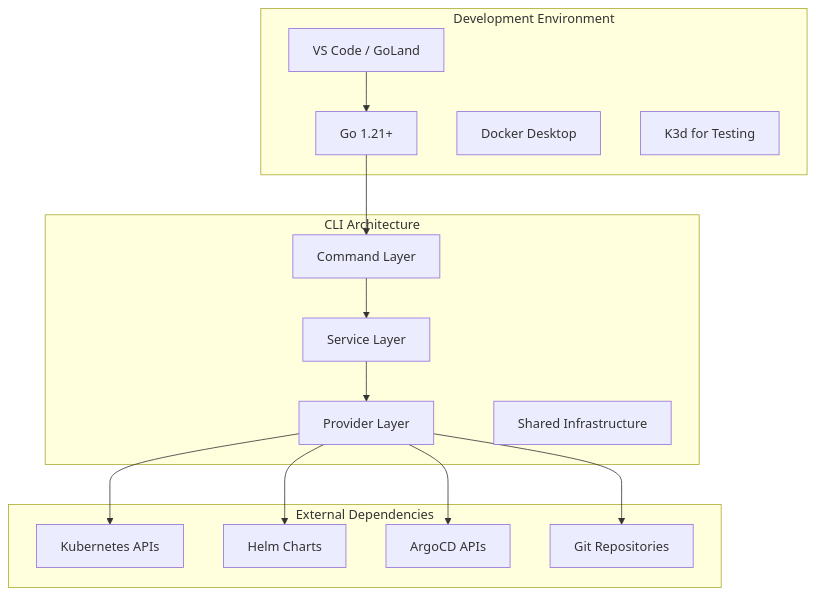
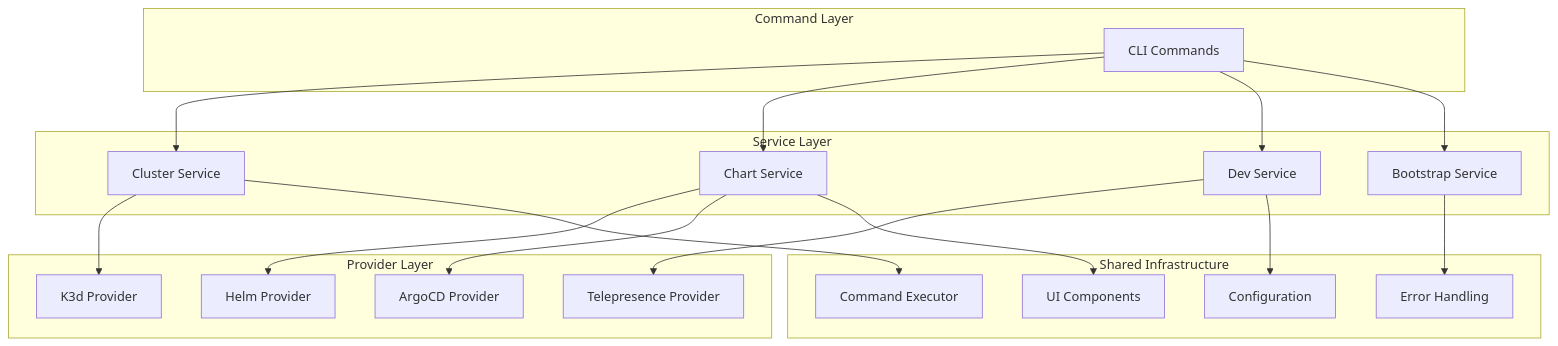
The diagram in docs/development/README.md (flamingo-stack/openframe-cli), drawn with Mermaid before and after one commit. The commit also changed other lines of this file and 51 other files, not shown here.

````diff
--- a/docs/development/README.md
+++ b/docs/development/README.md
@@ -29,32 +94,42 @@
 ```mermaid
 graph TB
-    subgraph "Development Environment"
-        IDE[VS Code / GoLand]
-        Go[Go 1.21+]
-        Docker[Docker Desktop]
-        K3d[K3d for Testing]
+    subgraph "Command Layer"
+        CLI[CLI Commands]
     end
     
-    subgraph "CLI Architecture"
-        CMD[Command Layer]
-        SVC[Service Layer]
-        PROV[Provider Layer]
-        SHARED[Shared Infrastructure]
+    subgraph "Service Layer" 
+        CLUSTER[Cluster Service]
+        CHART[Chart Service]
+        DEV[Dev Service]
+        BOOTSTRAP[Bootstrap Service]
     end
     
-    subgraph "External Dependencies"
-        K8s[Kubernetes APIs]
-        Helm[Helm Charts]
-        ArgoCD[ArgoCD APIs]
-        Git[Git Repositories]
+    subgraph "Provider Layer"
+        K3D[K3d Provider]
+        HELM[Helm Provider]
+        ARGOCD[ArgoCD Provider]
+        TELEPRESENCE[Telepresence Provider]
     end
     
-    IDE --> Go
-    Go --> CMD
-    CMD --> SVC
-    SVC --> PROV
-    PROV --> K8s
-    PROV --> Helm
-    PROV --> ArgoCD
-    PROV --> Git
+    subgraph "Shared Infrastructure"
+        EXEC[Command Executor]
+        UI[UI Components]
+        CONFIG[Configuration]
+        ERRORS[Error Handling]
+    end
+    
+    CLI --> CLUSTER
+    CLI --> CHART  
+    CLI --> DEV
+    CLI --> BOOTSTRAP
+    
+    CLUSTER --> K3D
+    CHART --> HELM
+    CHART --> ARGOCD
+    DEV --> TELEPRESENCE
+    
+    CLUSTER --> EXEC
+    CHART --> UI
+    DEV --> CONFIG
+    BOOTSTRAP --> ERRORS
 ```
````
